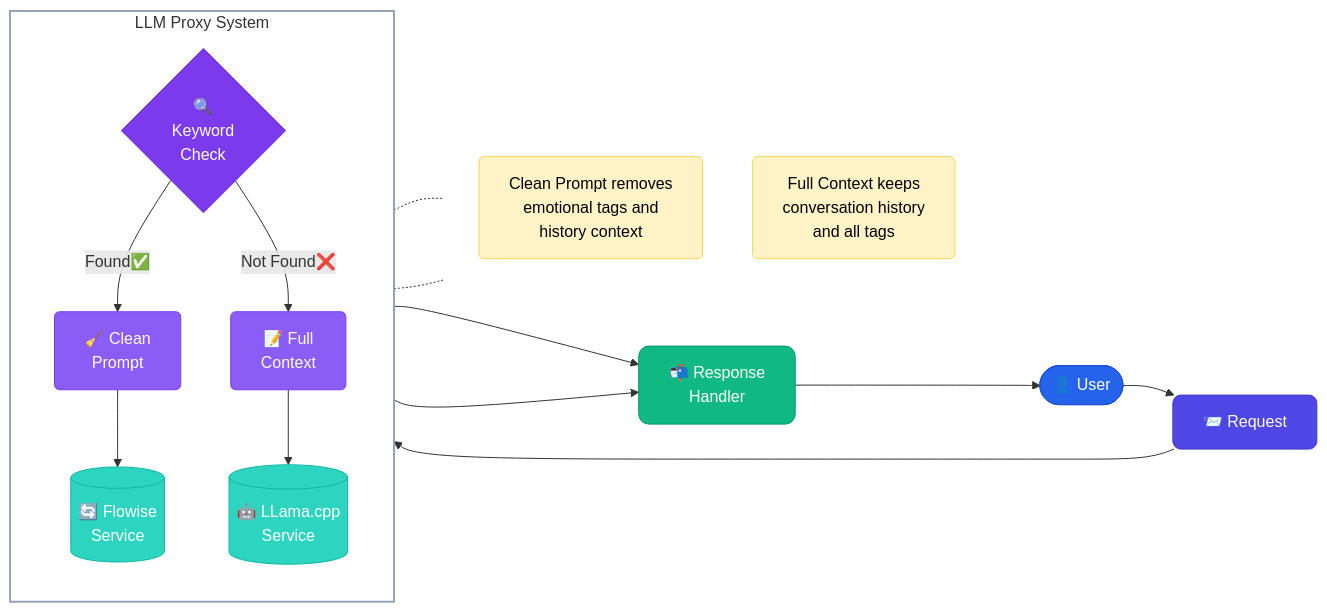
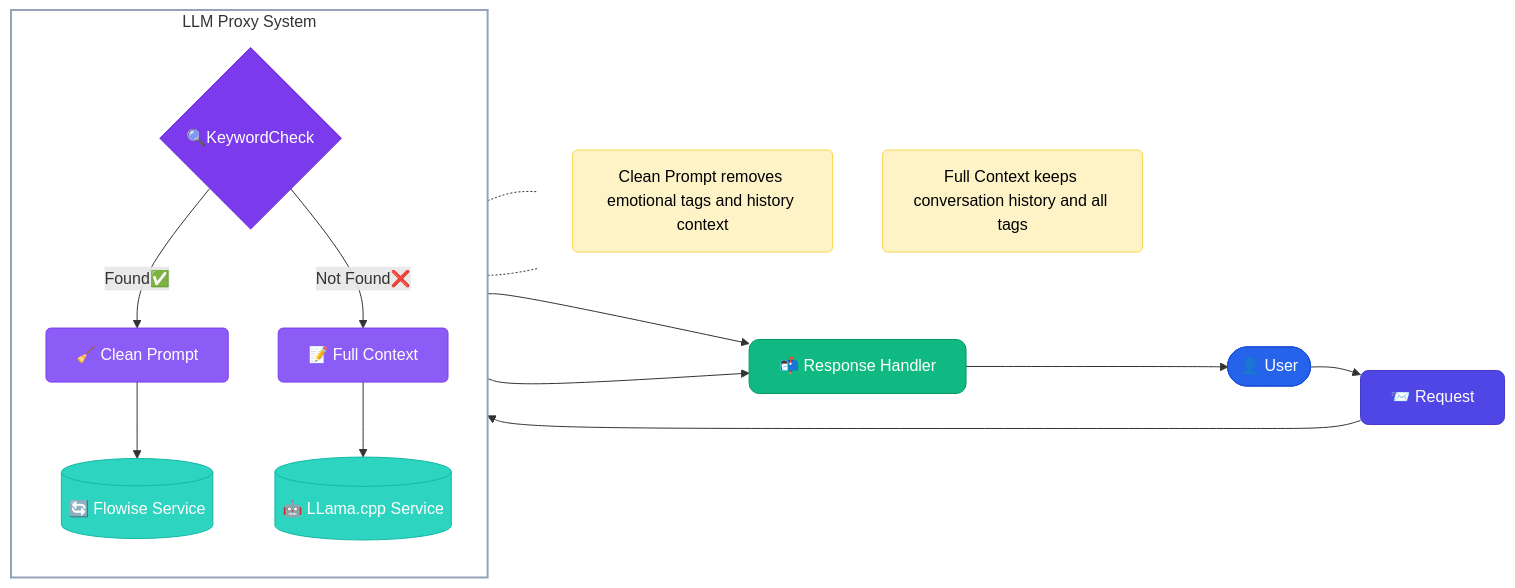
Before and after one commit to PPTG/LLM-Proxy-with-Keywords-Management-GUI: the diagram in readme.md, drawn with Mermaid.

````diff
--- a/readme.md
+++ b/readme.md
@@ -7,43 +7,43 @@
 ```mermaid
 flowchart LR
     %% Style definitions
     classDef userStyle fill:#2563eb,stroke:#1d4ed8,color:white,rx:10,ry:10
     classDef systemStyle fill:#4f46e5,stroke:#4338ca,color:white,rx:8,ry:8
     classDef checkStyle fill:#7c3aed,stroke:#6d28d9,color:white,rx:15,ry:15
     classDef processStyle fill:#8b5cf6,stroke:#7c3aed,color:white,rx:5,ry:5
     classDef serviceStyle fill:#2dd4bf,stroke:#14b8a6,color:white,rx:10,ry:10
     classDef responseStyle fill:#10b981,stroke:#059669,color:white,rx:10,ry:10
 
     %% Nodes
     U([👤 User]):::userStyle --> R[📨 Request]:::systemStyle
-    R --> K{🔍\nKeyword\nCheck}:::checkStyle
+    R --> K{🔍KeywordCheck}:::checkStyle
     
     subgraph proxy [" LLM Proxy System "]
         direction TB
-        K --> |Found✅| C[🧹 Clean\nPrompt]:::processStyle
-        K --> |Not Found❌| F[📝 Full\nContext]:::processStyle
+        K --> |Found✅| C[🧹 Clean Prompt]:::processStyle
+        K --> |Not Found❌| F[📝 Full Context]:::processStyle
         
-        C --> FW[(🔄 Flowise\nService)]:::serviceStyle
-        F --> LL[(🤖 LLama.cpp\nService)]:::serviceStyle
+        C --> FW[(🔄 Flowise Service)]:::serviceStyle
+        F --> LL[(🤖 LLama.cpp Service)]:::serviceStyle
     end
     
-    FW --> Resp[📬 Response\nHandler]:::responseStyle
+    FW --> Resp[📬 Response Handler]:::responseStyle
     LL --> Resp
     Resp --> U
 
     %% Subgraph style
     style proxy fill:transparent,stroke:#94a3b8,stroke-width:2px
 
     %% Add notes
     subgraph notes [" "]
         direction TB
-        n1[Clean Prompt removes\nemotional tags and\nhistory context]:::noteStyle
-        n2[Full Context keeps\nconversation history\nand all tags]:::noteStyle
+        n1[Clean Prompt removes emotional tags and history context]:::noteStyle
+        n2[Full Context keeps conversation history and all tags]:::noteStyle
     end
     style notes fill:none,stroke:none
     classDef noteStyle fill:#fef3c7,stroke:#fcd34d,color:black,rx:5,ry:5
     
     %% Connect notes
     C -.- n1
     F -.- n2
 ```
````
